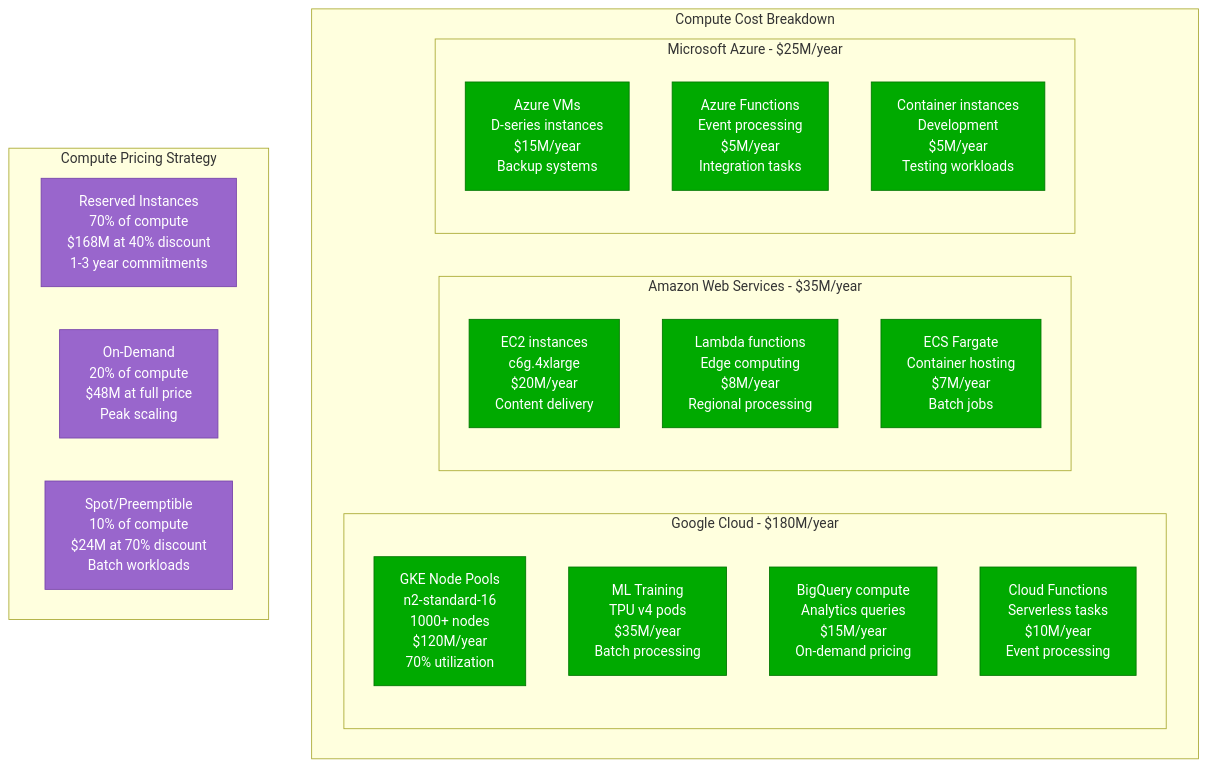
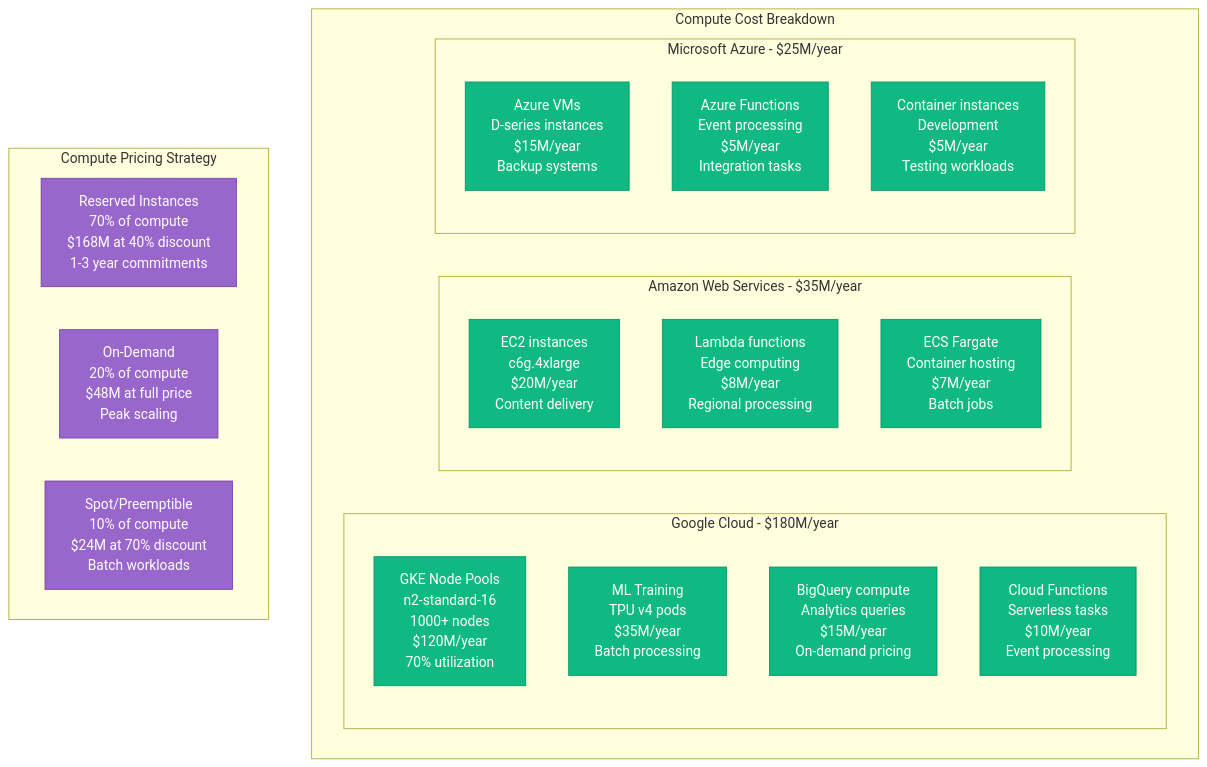
One commit to deepaucksharma/DS changed the second of 6 diagrams in site/docs/systems/spotify/cost-breakdown.md. Above: the diagram before and after it, drawn with Mermaid. The commit also changed other lines of this file and 303 other files, not shown here.

````diff
--- a/site/docs/systems/spotify/cost-breakdown.md
+++ b/site/docs/systems/spotify/cost-breakdown.md
@@ -59,36 +59,36 @@
 ```mermaid
 graph TB
     subgraph ComputeBreakdown[Compute Cost Breakdown]
         subgraph GoogleCloud[Google Cloud - $180M/year]
             GKENodes[GKE Node Pools<br/>n2-standard-16<br/>1000+ nodes<br/>$120M/year<br/>70% utilization]
             MLWorkloads[ML Training<br/>TPU v4 pods<br/>$35M/year<br/>Batch processing]
             BigQueryCompute[BigQuery compute<br/>Analytics queries<br/>$15M/year<br/>On-demand pricing]
             CloudFunctions[Cloud Functions<br/>Serverless tasks<br/>$10M/year<br/>Event processing]
         end
 
         subgraph AmazonWS[Amazon Web Services - $35M/year]
             EC2Instances[EC2 instances<br/>c6g.4xlarge<br/>$20M/year<br/>Content delivery]
             LambdaFunctions[Lambda functions<br/>Edge computing<br/>$8M/year<br/>Regional processing]
             ECSFargate[ECS Fargate<br/>Container hosting<br/>$7M/year<br/>Batch jobs]
         end
 
         subgraph MicrosoftAzure[Microsoft Azure - $25M/year]
             AzureVMs[Azure VMs<br/>D-series instances<br/>$15M/year<br/>Backup systems]
             AzureFunctions[Azure Functions<br/>Event processing<br/>$5M/year<br/>Integration tasks]
             AzureContainer[Container instances<br/>Development<br/>$5M/year<br/>Testing workloads]
         end
     end
 
     %% Reserved vs On-Demand Split
     subgraph PricingStrategy[Compute Pricing Strategy]
         Reserved[Reserved Instances<br/>70% of compute<br/>$168M at 40% discount<br/>1-3 year commitments]
         OnDemand[On-Demand<br/>20% of compute<br/>$48M at full price<br/>Peak scaling]
         Spot[Spot/Preemptible<br/>10% of compute<br/>$24M at 70% discount<br/>Batch workloads]
     end
 
-    classDef computeStyle fill:#00AA00,stroke:#007700,color:#fff
+    classDef computeStyle fill:#10B981,stroke:#059669,color:#fff
     classDef pricingStyle fill:#9966CC,stroke:#7744AA,color:#fff
 
     class GKENodes,MLWorkloads,BigQueryCompute,CloudFunctions,EC2Instances,LambdaFunctions,ECSFargate,AzureVMs,AzureFunctions,AzureContainer computeStyle
     class Reserved,OnDemand,Spot pricingStyle
 ```
````
